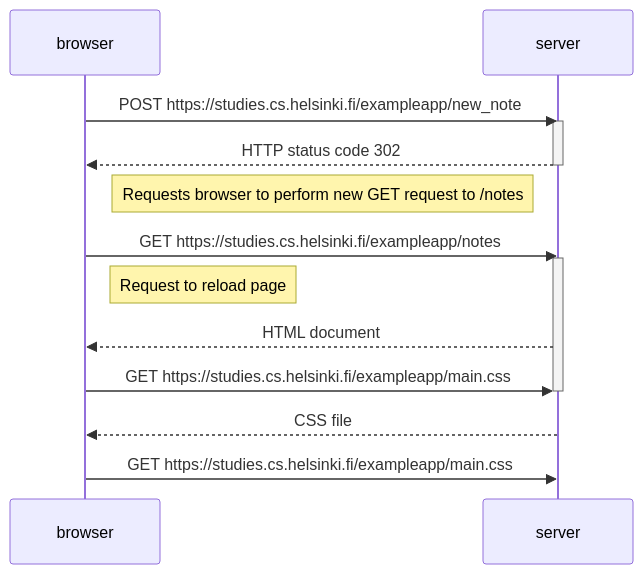
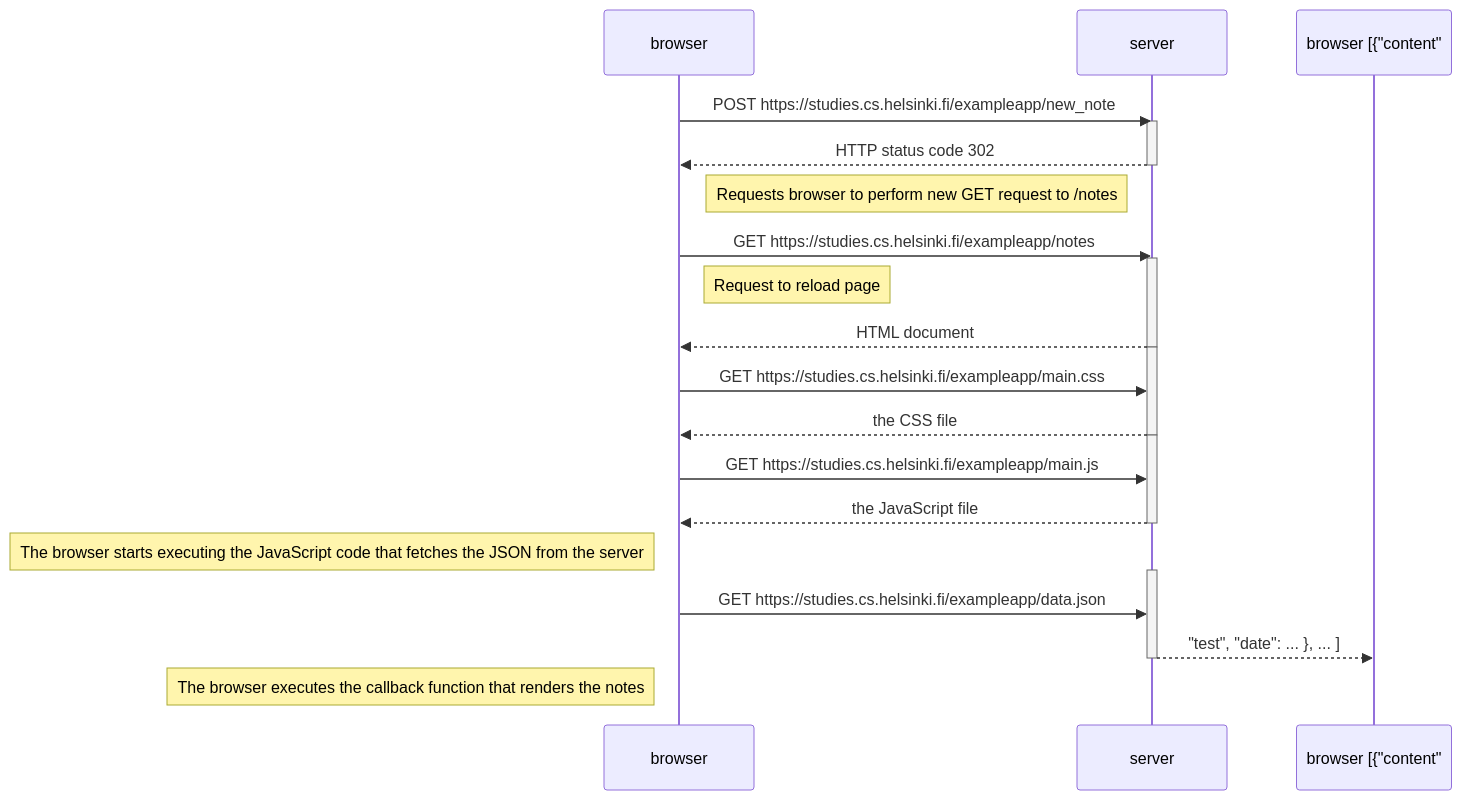
The diagram in part0/0.4/sequence.md (jmjstone/full-stack-open), drawn with Mermaid before and after one commit.

Commit message:
finished?

````diff
--- a/part0/0.4/sequence.md
+++ b/part0/0.4/sequence.md
@@ -3,18 +3,32 @@
 ```mermaid
 sequenceDiagram
     participant browser
     participant server
     browser->>server: POST https://studies.cs.helsinki.fi/exampleapp/new_note
     activate server
     server-->>browser: HTTP status code 302
     deactivate server
     Note left of server: Requests browser to perform new GET request to /notes
     browser->>server: GET https://studies.cs.helsinki.fi/exampleapp/notes
     activate server
     Note right of browser: Request to reload page
     server-->>browser: HTML document
+    deactivate server
+
+    activate server
     browser->>server: GET https://studies.cs.helsinki.fi/exampleapp/main.css
+    server-->>browser: the CSS file
     deactivate server
-    server-->>browser: CSS file
-    browser->>server: GET https://studies.cs.helsinki.fi/exampleapp/main.css
+
+    activate server
+    browser->>server: GET https://studies.cs.helsinki.fi/exampleapp/main.js
+    server-->>browser: the JavaScript file
+    deactivate server
+    Note left of browser: The browser starts executing the JavaScript code that fetches the JSON from the server
+
+    activate server
+    browser->>server: GET https://studies.cs.helsinki.fi/exampleapp/data.json
+    server-->>browser [{"content":"test", "date": ... }, ... ]
+    deactivate server
+    Note left of browser: The browser executes the callback function that renders the notes
 ```
````
